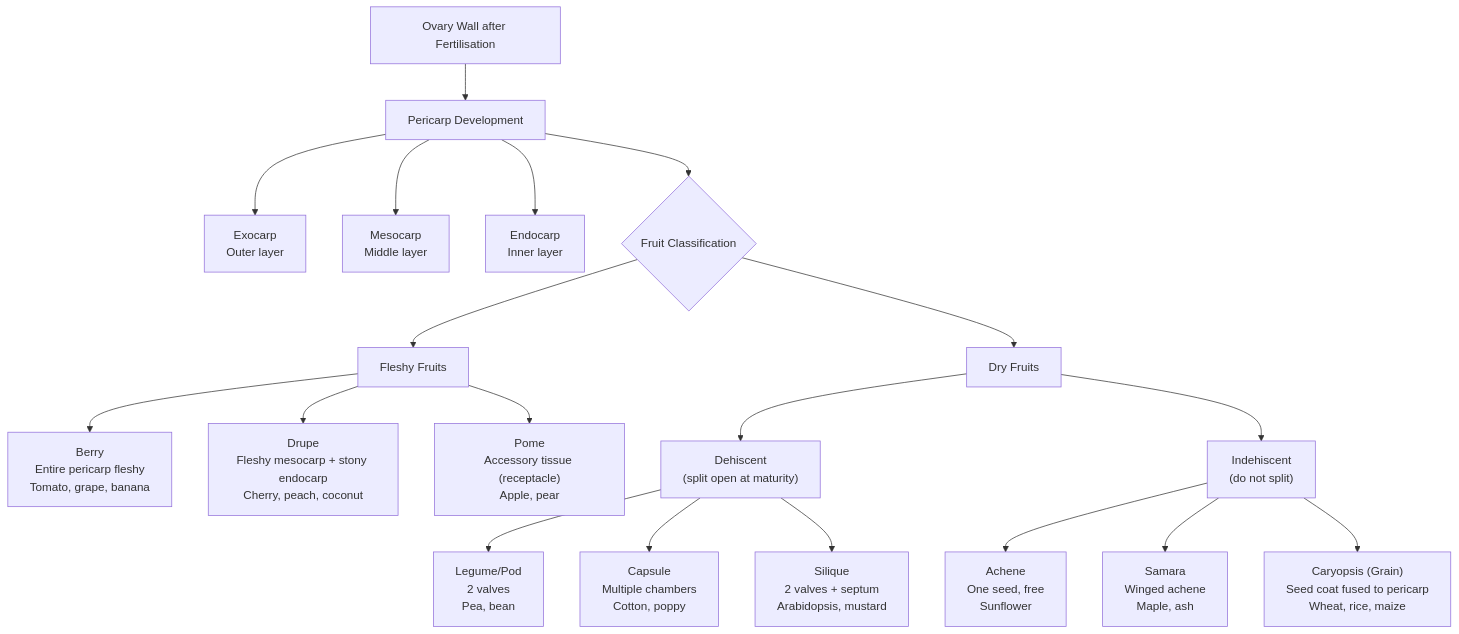
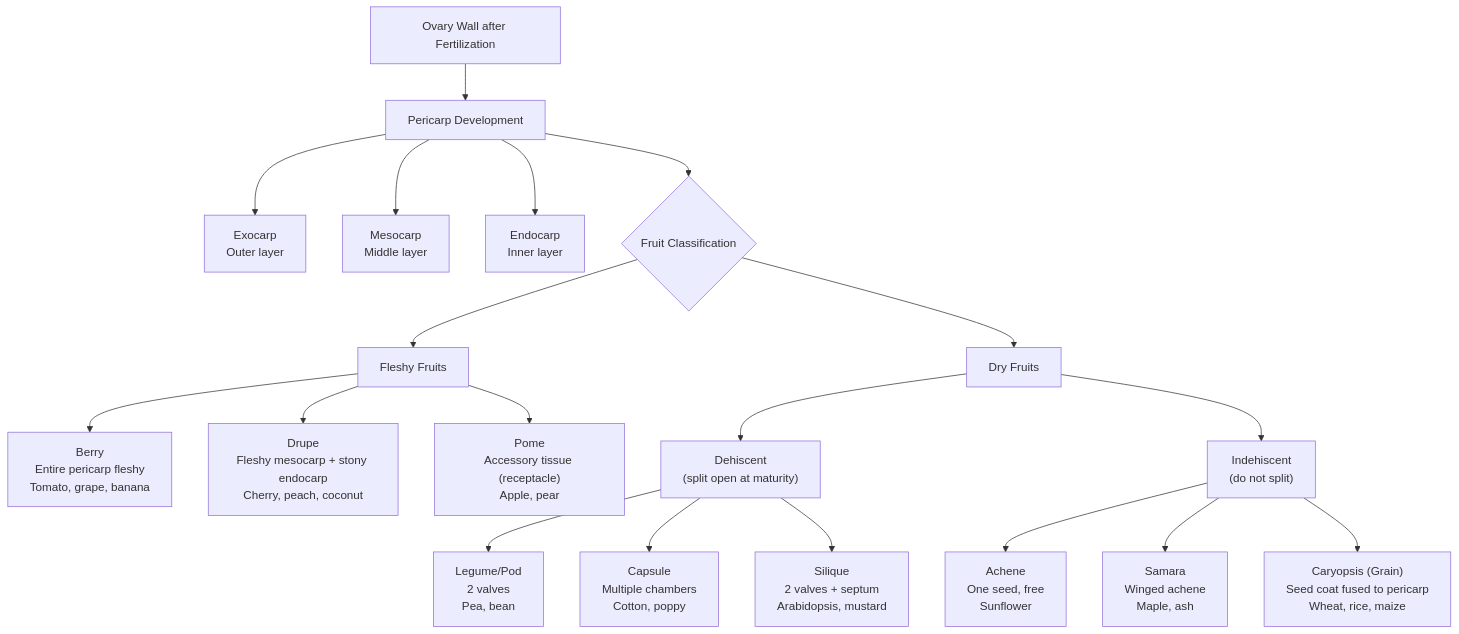
Before and after one commit to docxology/biology_textbook: the fourth of 4 diagrams in manuscript/unit_VIII/plant_reproduction.md, drawn with Mermaid. The commit also changed other lines of this file and 247 other files, not shown here.

````diff
--- a/manuscript/unit_VIII/plant_reproduction.md
+++ b/manuscript/unit_VIII/plant_reproduction.md
@@ -679,26 +686,26 @@
 ```mermaid
 flowchart TD
-    OV[Ovary Wall after Fertilisation] --> PC[Pericarp Development]
+    OV[Ovary Wall after Fertilization] --> PC[Pericarp Development]
     PC --> EX[Exocarp<br/>Outer layer]
     PC --> ME[Mesocarp<br/>Middle layer]
     PC --> EN[Endocarp<br/>Inner layer]
 
     PC --> FT{Fruit Classification}
     FT --> FL[Fleshy Fruits]
     FT --> DR[Dry Fruits]
 
     FL --> Berry["Berry<br/>Entire pericarp fleshy<br/>Tomato, grape, banana"]
     FL --> Drupe["Drupe<br/>Fleshy mesocarp + stony endocarp<br/>Cherry, peach, coconut"]
     FL --> Pome["Pome<br/>Accessory tissue (receptacle)<br/>Apple, pear"]
 
     DR --> Dehiscent["Dehiscent<br/>(split open at maturity)"]
     DR --> Indehiscent["Indehiscent<br/>(do not split)"]
 
     Dehiscent --> Legume["Legume/Pod<br/>2 valves<br/>Pea, bean"]
     Dehiscent --> Capsule["Capsule<br/>Multiple chambers<br/>Cotton, poppy"]
     Dehiscent --> Silique["Silique<br/>2 valves + septum<br/>Arabidopsis, mustard"]
 
     Indehiscent --> Achene["Achene<br/>One seed, free<br/>Sunflower"]
     Indehiscent --> Samara["Samara<br/>Winged achene<br/>Maple, ash"]
     Indehiscent --> Caryopsis["Caryopsis (Grain)<br/>Seed coat fused to pericarp<br/>Wheat, rice, maize"]
 ```
````
